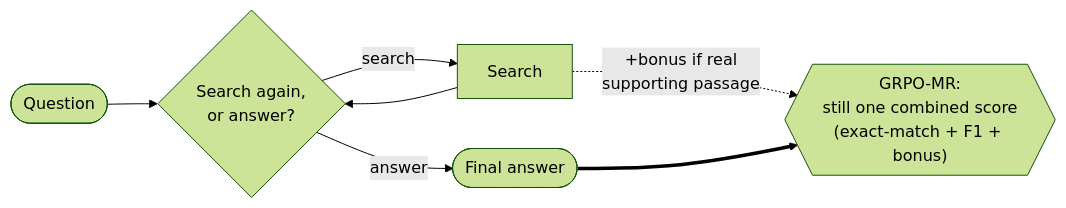
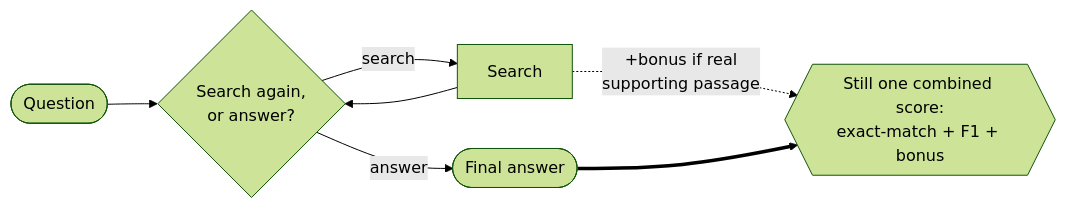
Before and after one commit to redswimmer/grpo-turn-level-rewards: the second of 3 diagrams in README.md, drawn with Mermaid (forest theme). The commit also changed other lines of this file, not shown here.

First line of the commit message:
README: fix MT-GRPO mislabeled as "the" true-step-reward mechanism

````diff
--- a/README.md
+++ b/README.md
@@ -31,9 +38,9 @@
 ```mermaid
 flowchart LR
     Q2(["Question"]) --> D2{"Search again,<br/>or answer?"}
     D2 -- search --> S2["Search"]
     S2 --> D2
     S2 -.->|"+bonus if real<br/>supporting passage"| R2
     D2 -- answer --> A2(["Final answer"])
-    A2 ==> R2{{"GRPO-MR:<br/>still one combined score<br/>(exact-match + F1 + bonus)"}}
+    A2 ==> R2{{"Still one combined score:<br/>exact-match + F1 + bonus"}}
 ```
````
